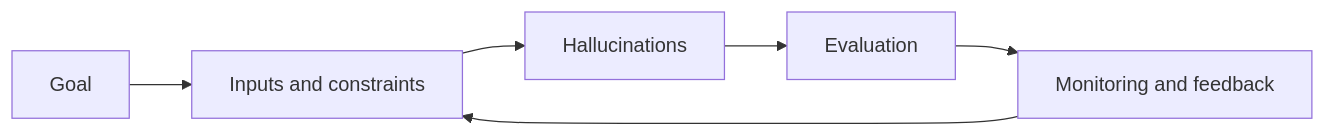
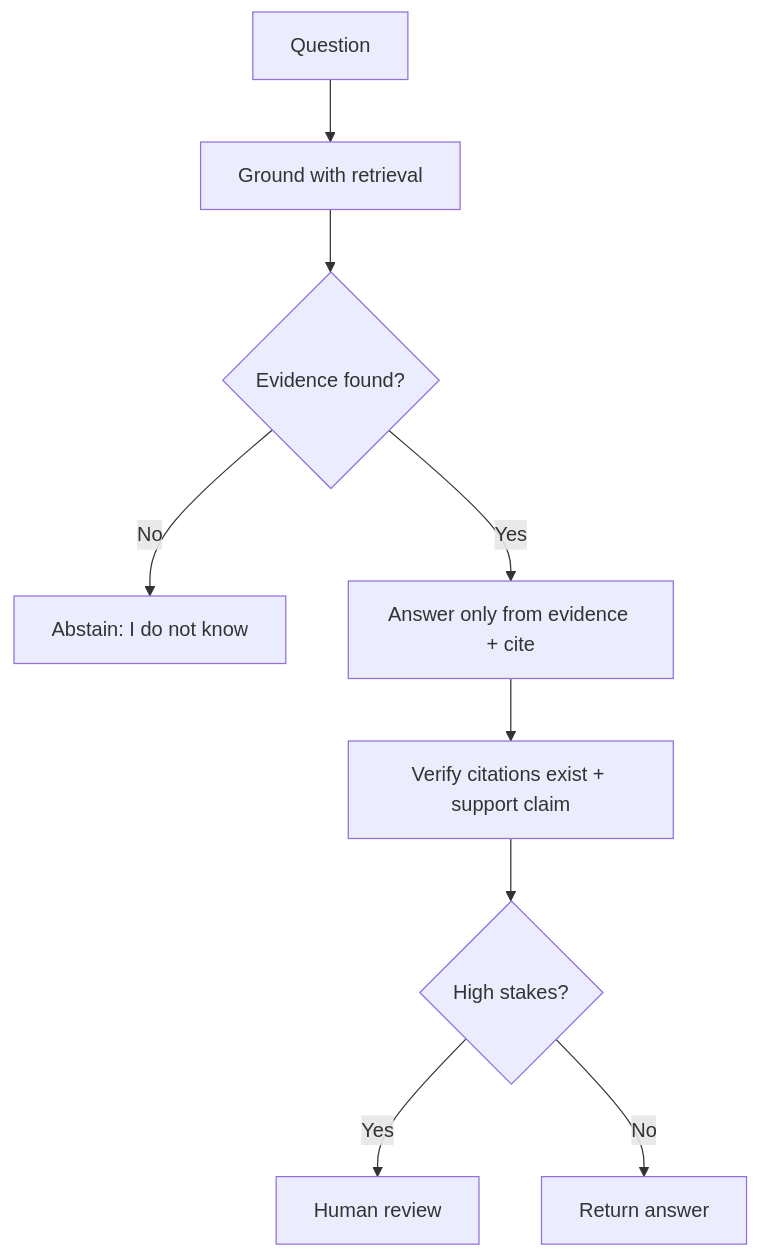
The diagram in llms/11-hallucinations.md (Icon1cc/Machine-Learning), drawn with Mermaid before and after one commit. The commit also changed other lines of this file and 118 other files, not shown here.

````diff
--- a/llms/11-hallucinations.md
+++ b/llms/11-hallucinations.md
@@ -93,8 +72,11 @@
 ```mermaid
-flowchart LR
-    A[Goal] --> B[Inputs and constraints]
-    B --> C[Hallucinations]
-    C --> D[Evaluation]
-    D --> E[Monitoring and feedback]
-    E --> B
+flowchart TD
+    A[Question] --> B[Ground with retrieval]
+    B --> C{Evidence found?}
+    C -- No --> D[Abstain: I do not know]
+    C -- Yes --> E[Answer only from evidence + cite]
+    E --> F[Verify citations exist + support claim]
+    F --> G{High stakes?}
+    G -- Yes --> H[Human review]
+    G -- No --> I[Return answer]
 ```
````
